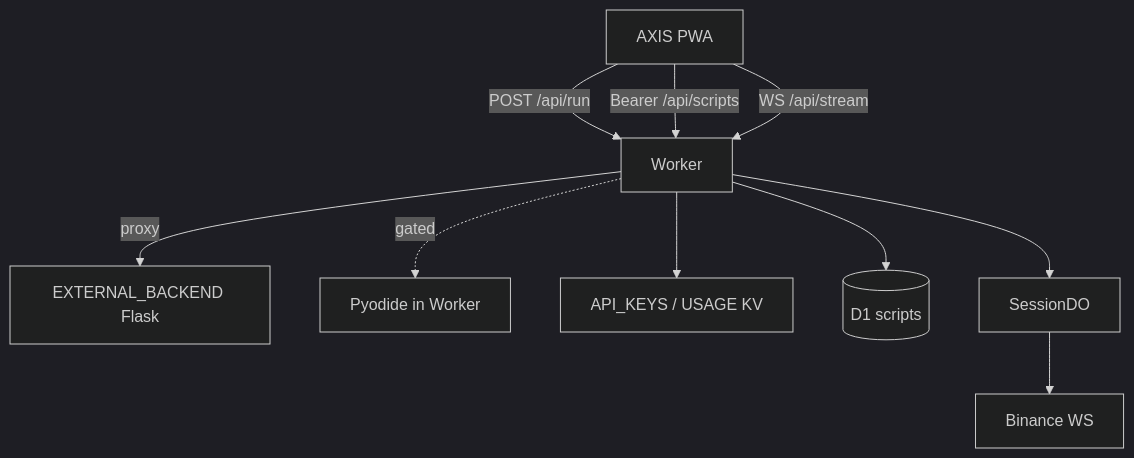
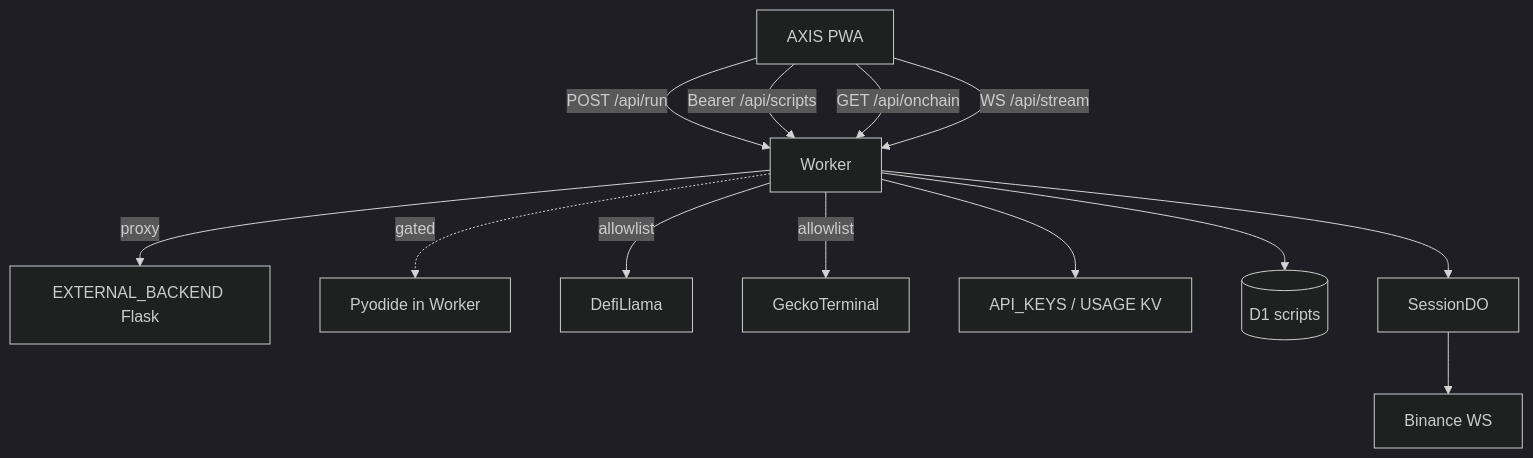
Before and after one commit to hoox-sh/axis: the diagram in docs/worker/index.mdx, drawn with Mermaid (dark theme). The commit also changed other lines of this file and 49 other files, not shown here.

First line of the commit message:
feat(onchain): data plane with DefiLlama TVL, DEX OHLCV, and events

````diff
--- a/docs/worker/index.mdx
+++ b/docs/worker/index.mdx
@@ -35,13 +35,16 @@
 ```mermaid
 flowchart TB
   PWA[AXIS PWA]
   PWA -->|POST /api/run| W[Worker]
   PWA -->|Bearer /api/scripts| W
+  PWA -->|GET /api/onchain| W
   PWA -->|WS /api/stream| W
   W -->|proxy| FLASK[EXTERNAL_BACKEND Flask]
   W -.->|gated| PY[Pyodide in Worker]
+  W -->|allowlist| LL[DefiLlama]
+  W -->|allowlist| GT[GeckoTerminal]
   W --> KV[API_KEYS / USAGE KV]
   W --> D1[(D1 scripts)]
   W --> DO[SessionDO]
   DO --> BIN[Binance WS]
 ```
````
